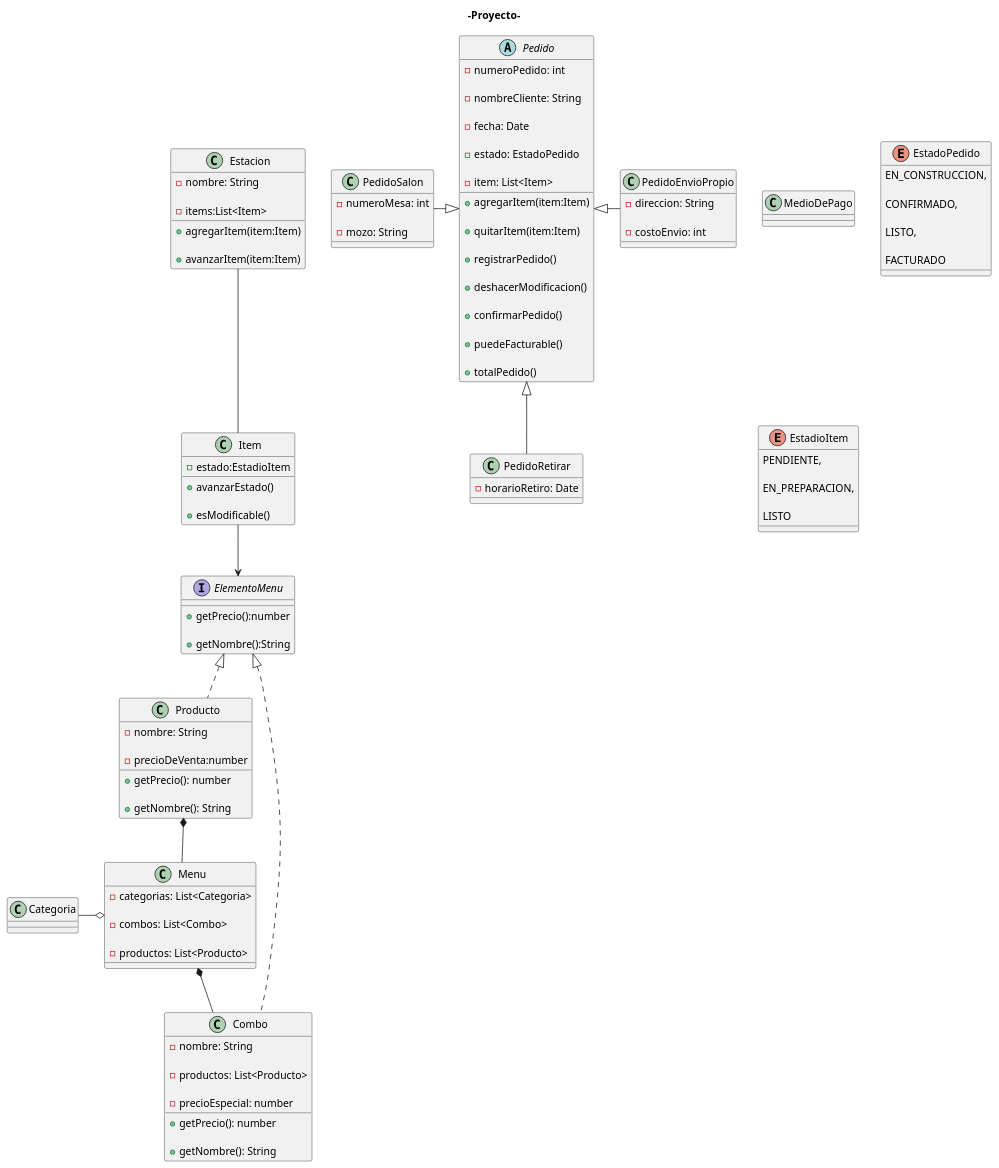
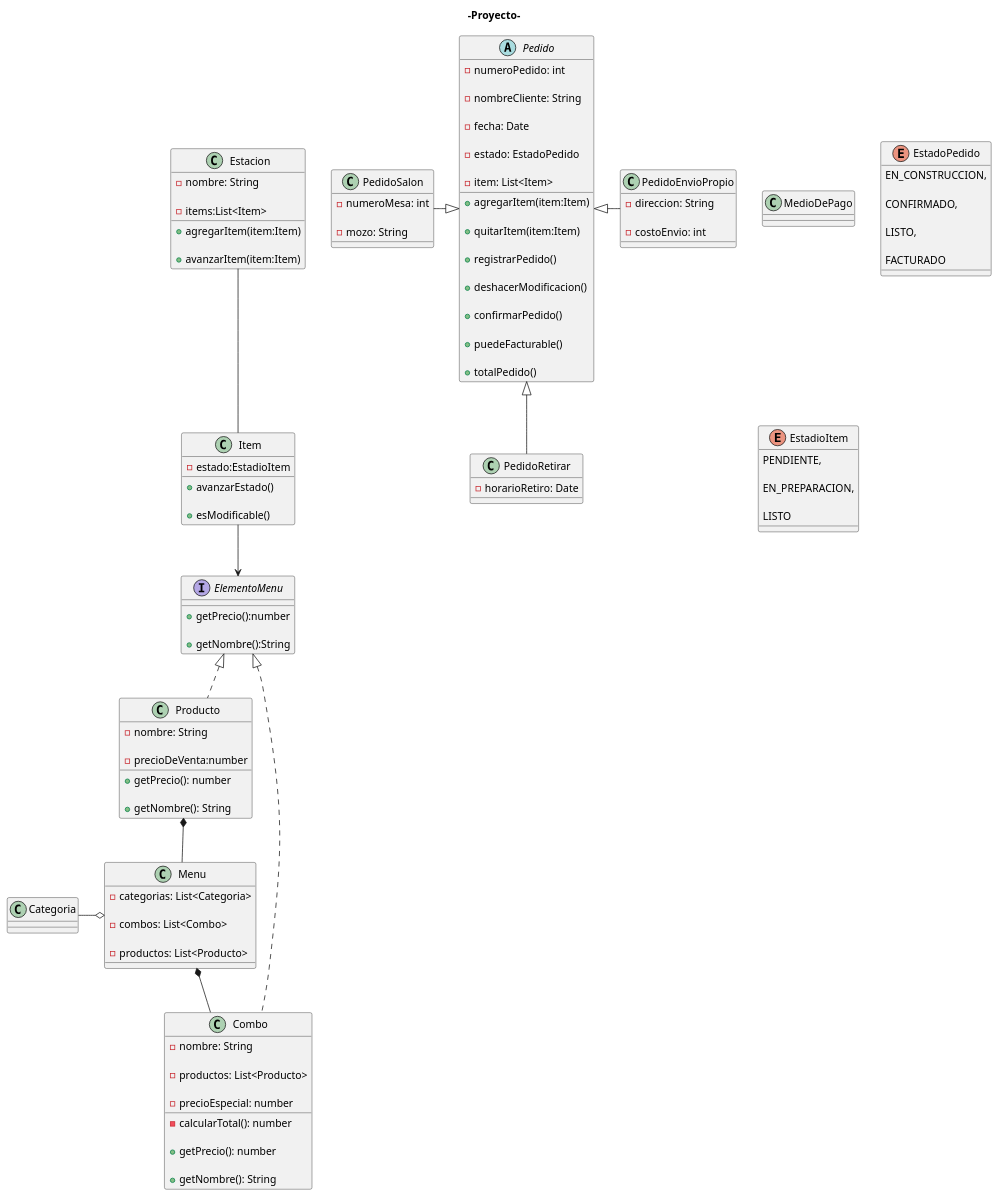
Before and after one commit to JuanJauregui2014/Tp-cuatrimestral-programacion-II: the diagram in diagramas/diagramas.puml, drawn with PlantUML.

Commit message:
Me olvidé de cargar el diagrama

```diff
--- a/diagramas/diagramas.puml
+++ b/diagramas/diagramas.puml
@@ -108,6 +108,8 @@
 
     -precioEspecial: number
 
+    -calcularTotal(): number
+
     +getPrecio(): number
 
     +getNombre(): String
```
